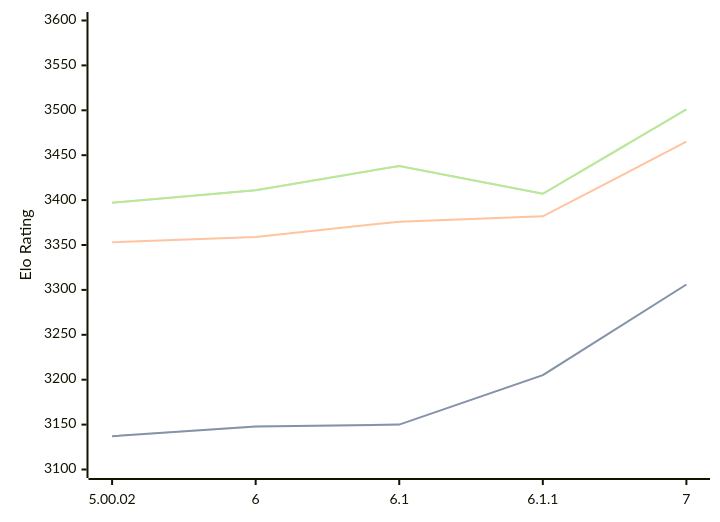
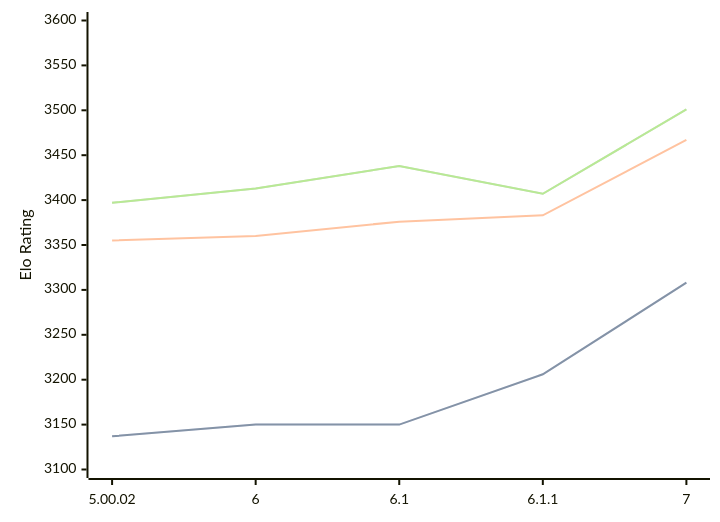
The diagram in engines/Zangdar.md (computer-chess-index/cci), drawn with Mermaid before and after one commit. The commit also changed other lines of this file, not shown here.

Commit message:
Update CCI Ratings (ELO VLTC) - 2026-09-14

````diff
--- a/engines/Zangdar.md
+++ b/engines/Zangdar.md
@@ -35,11 +35,11 @@
 ```mermaid
 %%{init: {"theme":"base","themeVariables":{"seriesColors:['#a3a3a3','#222221','#faa371']}}}%%
 xychart-beta
   x-axis ["5.00.02", "6", "6.1", "6.1.1", "7"]
   y-axis "Elo Rating" 3100 --> 3600
-  line "" [3137, 3148, 3150, 3205, 3306]
-  line "STC (8.0+0.08s)" [3137, 3148, 3150, 3205, 3306]
-  line "LTC (60.0+0.60s)" [3353, 3359, 3376, 3382, 3465]
-  line "" [3397, 3411, 3438, 3407, 3501]
-  line "VLTC (2m24s+1.12s)" [3397, 3411, 3438, 3407, 3501]
+  line "" [3137, 3150, 3150, 3206, 3308]
+  line "STC (8.0+0.08s)" [3137, 3150, 3150, 3206, 3308]
+  line "LTC (60.0+0.60s)" [3355, 3360, 3376, 3383, 3467]
+  line "" [3397, 3413, 3438, 3407, 3501]
+  line "VLTC (2m24s+1.12s)" [3397, 3413, 3438, 3407, 3501]
 ```
````
